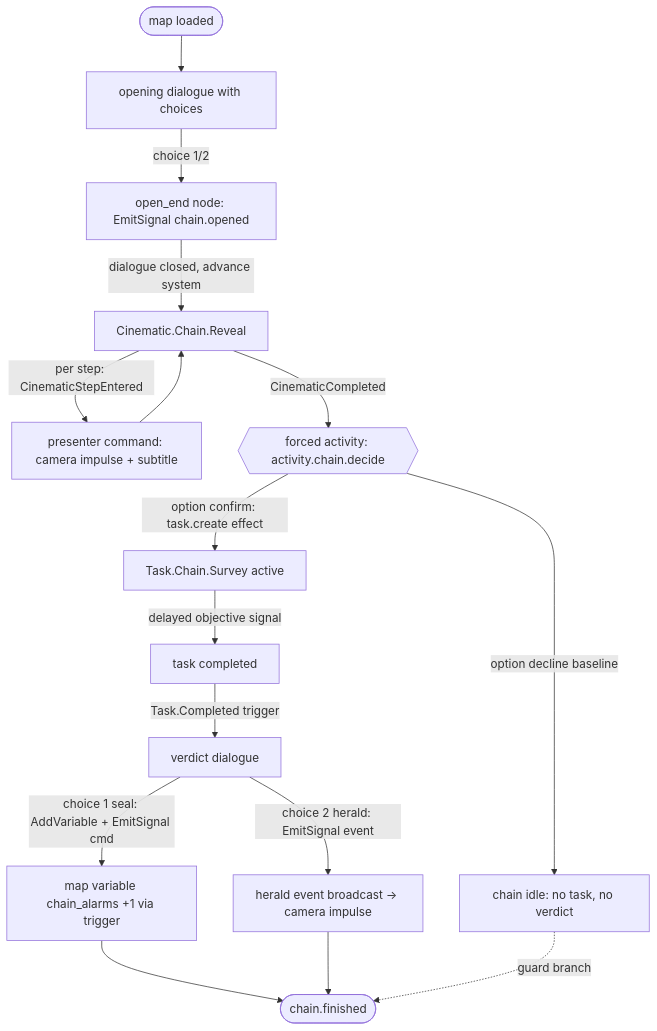
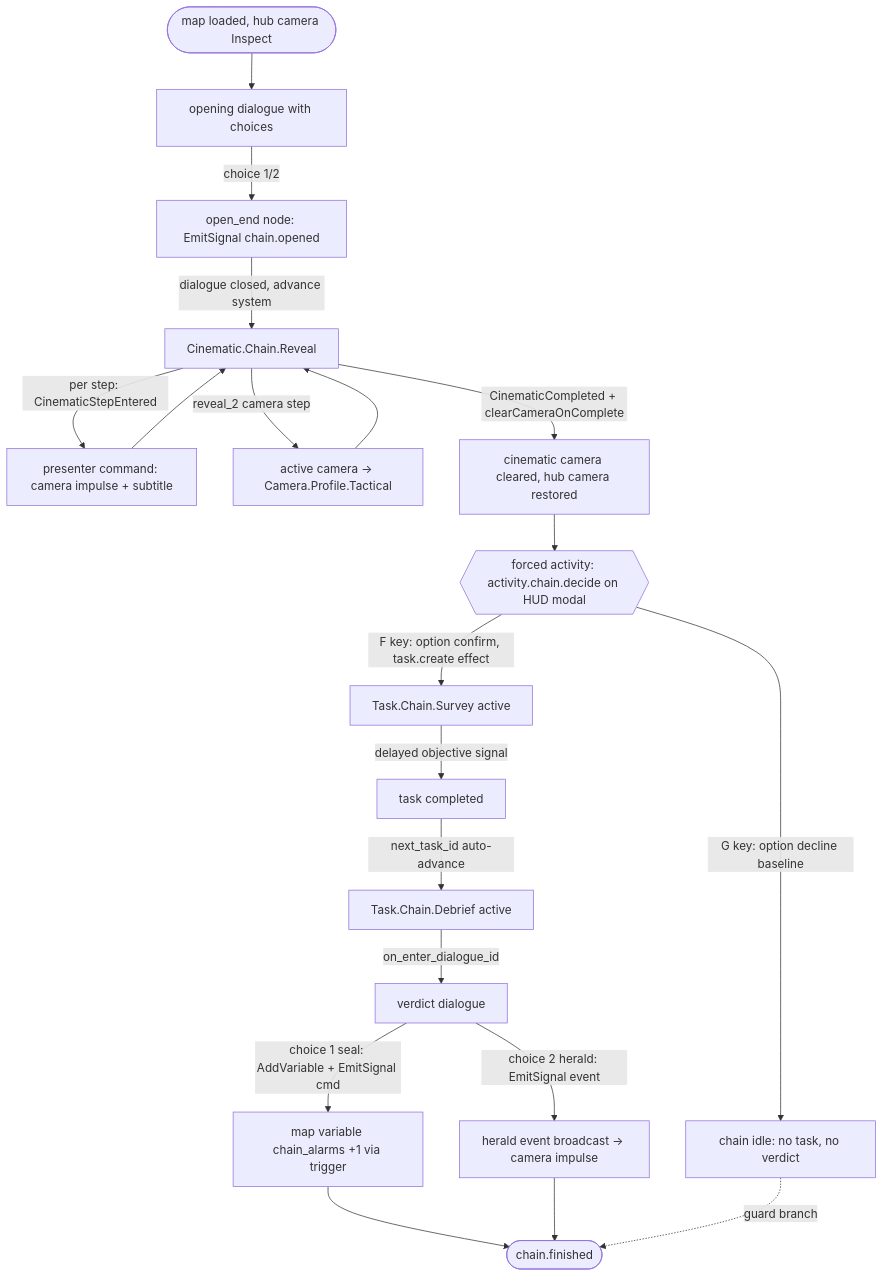
Before and after one commit to MightyBubble/Ludots: the diagram in artifacts/acceptance/narrative-chain/happy_seal/path.mmd, drawn with Mermaid. The commit also changed 9 other files, not shown here.

First line of the commit message:
test(acceptance): narrative 链验收升级——相机步断言、Debrief 推进断言、F/G 键驱动与 HUD 面板文本断言

```diff
--- a/artifacts/acceptance/narrative-chain/happy_seal/path.mmd
+++ b/artifacts/acceptance/narrative-chain/happy_seal/path.mmd
@@ -1,16 +1,20 @@
 flowchart TD
-    start([map loaded]) --> dlg[opening dialogue with choices]
+    start([map loaded, hub camera Inspect]) --> dlg[opening dialogue with choices]
     dlg -->|choice 1/2| openEnd[open_end node: EmitSignal chain.opened]
     openEnd -->|dialogue closed, advance system| cine[Cinematic.Chain.Reveal]
     cine -->|per step: CinematicStepEntered| impulse[presenter command: camera impulse + subtitle]
     impulse --> cine
-    cine -->|CinematicCompleted| act{{forced activity: activity.chain.decide}}
-    act -->|option confirm: task.create effect| task[Task.Chain.Survey active]
-    act -->|option decline baseline| idle[chain idle: no task, no verdict]
+    cine -->|reveal_2 camera step| tactical[active camera -> Camera.Profile.Tactical]
+    tactical --> cine
+    cine -->|CinematicCompleted + clearCameraOnComplete| camClear[cinematic camera cleared, hub camera restored]
+    camClear --> act{{forced activity: activity.chain.decide on HUD modal}}
+    act -->|F key: option confirm, task.create effect| task[Task.Chain.Survey active]
+    act -->|G key: option decline baseline| idle[chain idle: no task, no verdict]
     task -->|delayed objective signal| taskDone[task completed]
-    taskDone -->|Task.Completed trigger| verdict[verdict dialogue]
+    taskDone -->|next_task_id auto-advance| debrief[Task.Chain.Debrief active]
+    debrief -->|on_enter_dialogue_id| verdict[verdict dialogue]
     verdict -->|choice 1 seal: AddVariable + EmitSignal cmd| mapVar[map variable chain_alarms +1 via trigger]
     verdict -->|choice 2 herald: EmitSignal event| event[herald event broadcast -> camera impulse]
     mapVar --> done([chain.finished])
     event --> done
     idle -.guard branch.-> done
```
